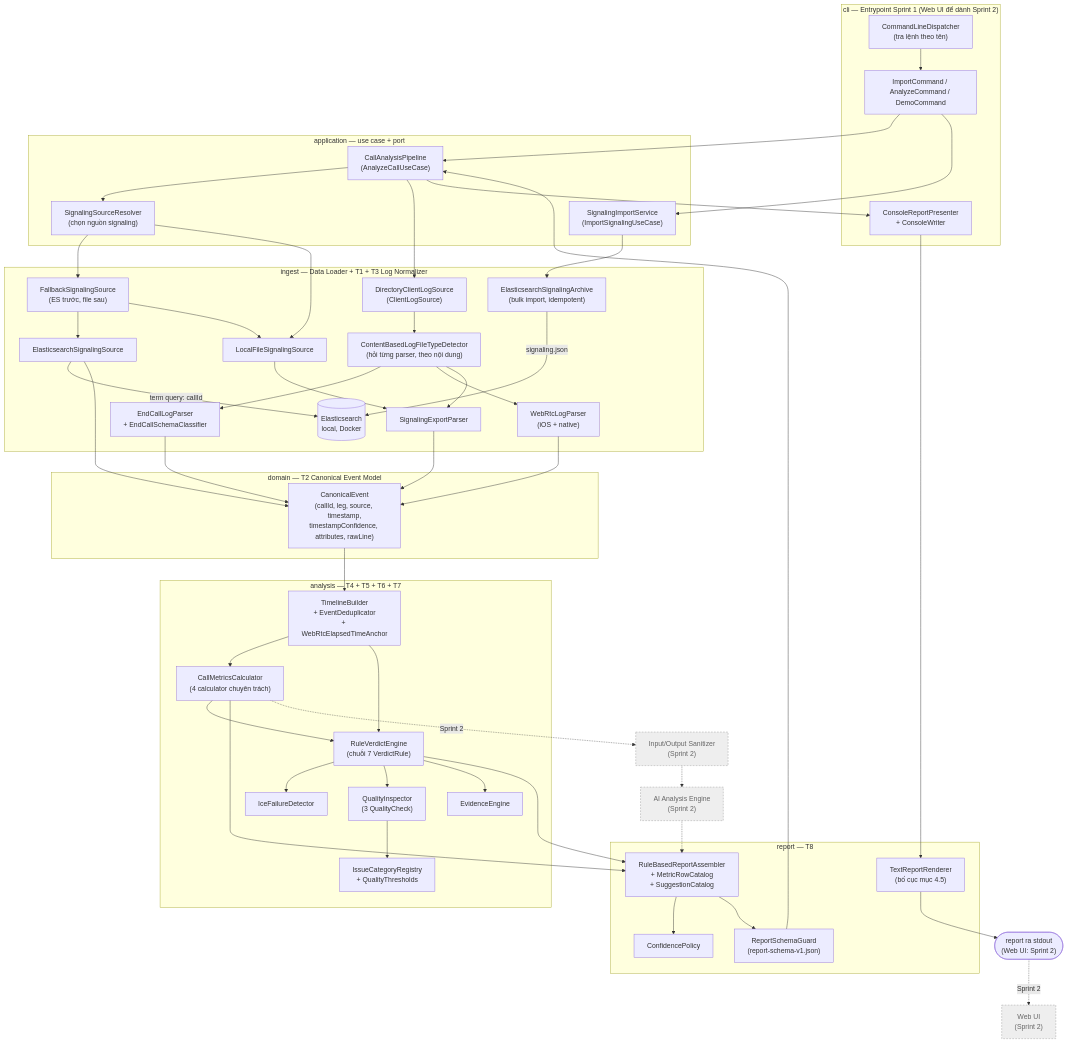
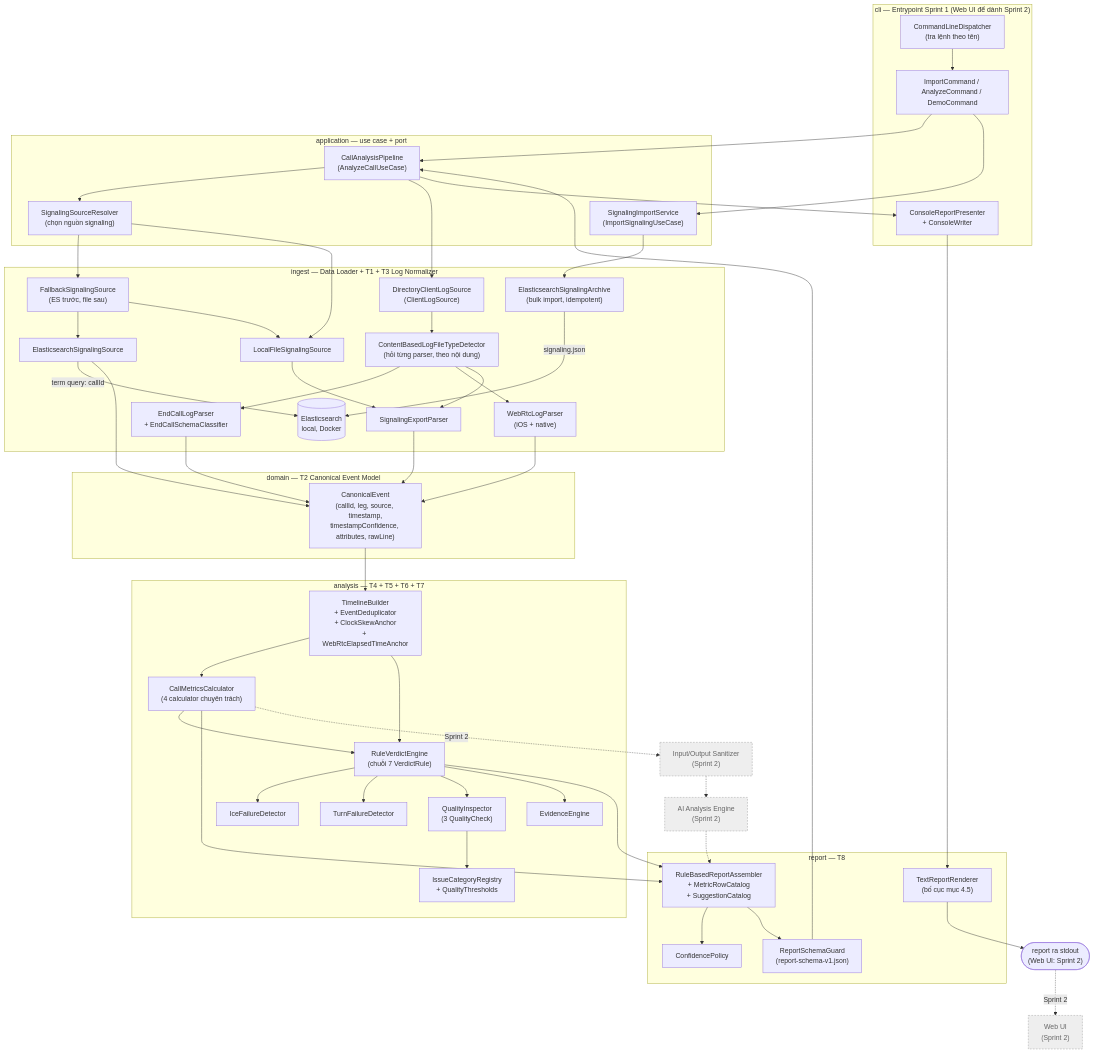
One commit to tutran0401/call-analysis-assistant changed the second of 2 diagrams in docs/architecture-diagram-v1.md. Above: the diagram before and after it, drawn with Mermaid. The commit also changed 1 other file, not shown here.

Commit message:
Update Sprint 1 report and architecture diagram to match current code

```diff
--- a/docs/architecture-diagram-v1.md
+++ b/docs/architecture-diagram-v1.md
@@ -67,12 +67,14 @@
     end
 
     subgraph analysis["analysis — T4 + T5 + T6 + T7"]
-        Timeline["TimelineBuilder<br/>+ EventDeduplicator<br/>+ WebRtcElapsedTimeAnchor"]
+        Timeline["TimelineBuilder<br/>+ EventDeduplicator<br/>+ ClockSkewAnchor<br/>+ WebRtcElapsedTimeAnchor"]
         Metrics["CallMetricsCalculator<br/>(4 calculator chuyên trách)"]
         Rules["RuleVerdictEngine<br/>(chuỗi 7 VerdictRule)"]
         Quality["QualityInspector<br/>(3 QualityCheck)"]
         IceDetect["IceFailureDetector"]
         Rules --> IceDetect
+        TurnDetect["TurnFailureDetector"]
+        Rules --> TurnDetect
         Evidence["EvidenceEngine"]
         Taxonomy["IssueCategoryRegistry<br/>+ QualityThresholds"]
         Rules --> Quality
```
